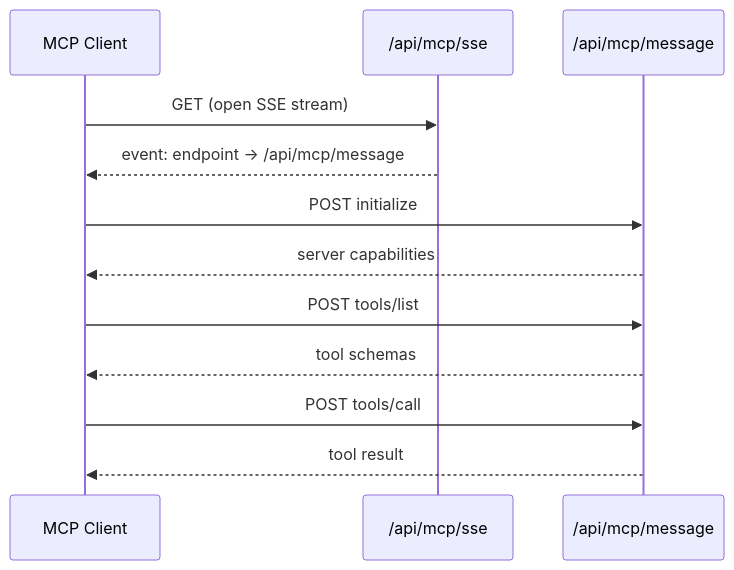
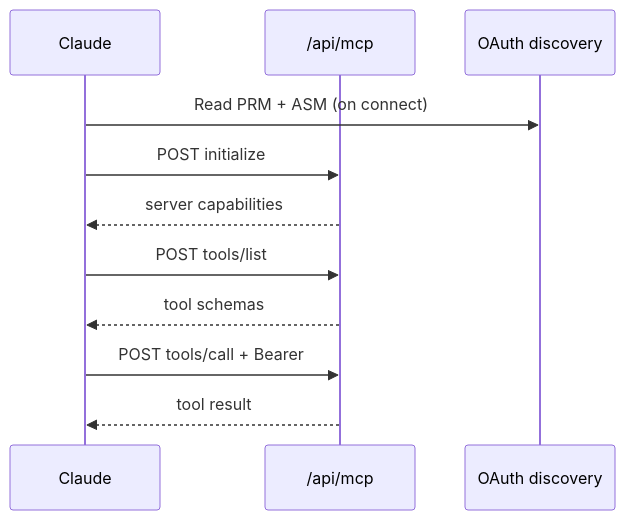
The diagram in docs/concepts/mcp.md (Luke-official/lite-toon), drawn with Mermaid before and after one commit. The commit also changed other lines of this file and 19 other files, not shown here.

Commit message:
docs: update documentation to reflect current support for Claude and clarify the status of ChatGPT and Gemini integrations; enhance setup guides, API references, and capability flows for better user understanding

````diff
--- a/docs/concepts/mcp.md
+++ b/docs/concepts/mcp.md
@@ -20,15 +43,14 @@
 ```mermaid
 sequenceDiagram
-    participant Client as MCP Client
-    participant SSE as /api/mcp/sse
-    participant Msg as /api/mcp/message
+    participant Client as Claude
+    participant MCP as /api/mcp
+    participant OAuth as OAuth discovery
 
-    Client->>SSE: GET (open SSE stream)
-    SSE-->>Client: event: endpoint → /api/mcp/message
-    Client->>Msg: POST initialize
-    Msg-->>Client: server capabilities
-    Client->>Msg: POST tools/list
-    Msg-->>Client: tool schemas
-    Client->>Msg: POST tools/call
-    Msg-->>Client: tool result
+    Client->>OAuth: Read PRM + ASM (on connect)
+    Client->>MCP: POST initialize
+    MCP-->>Client: server capabilities
+    Client->>MCP: POST tools/list
+    MCP-->>Client: tool schemas
+    Client->>MCP: POST tools/call + Bearer
+    MCP-->>Client: tool result
 ```
````
